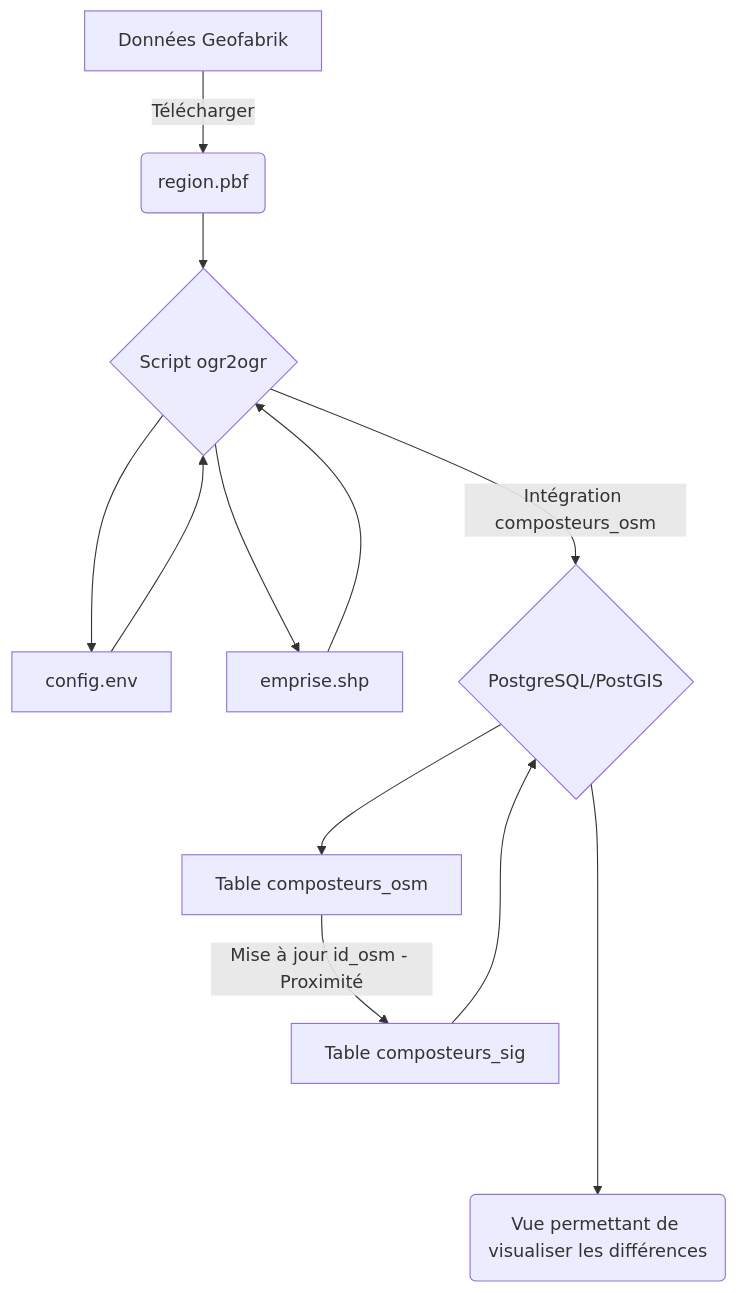
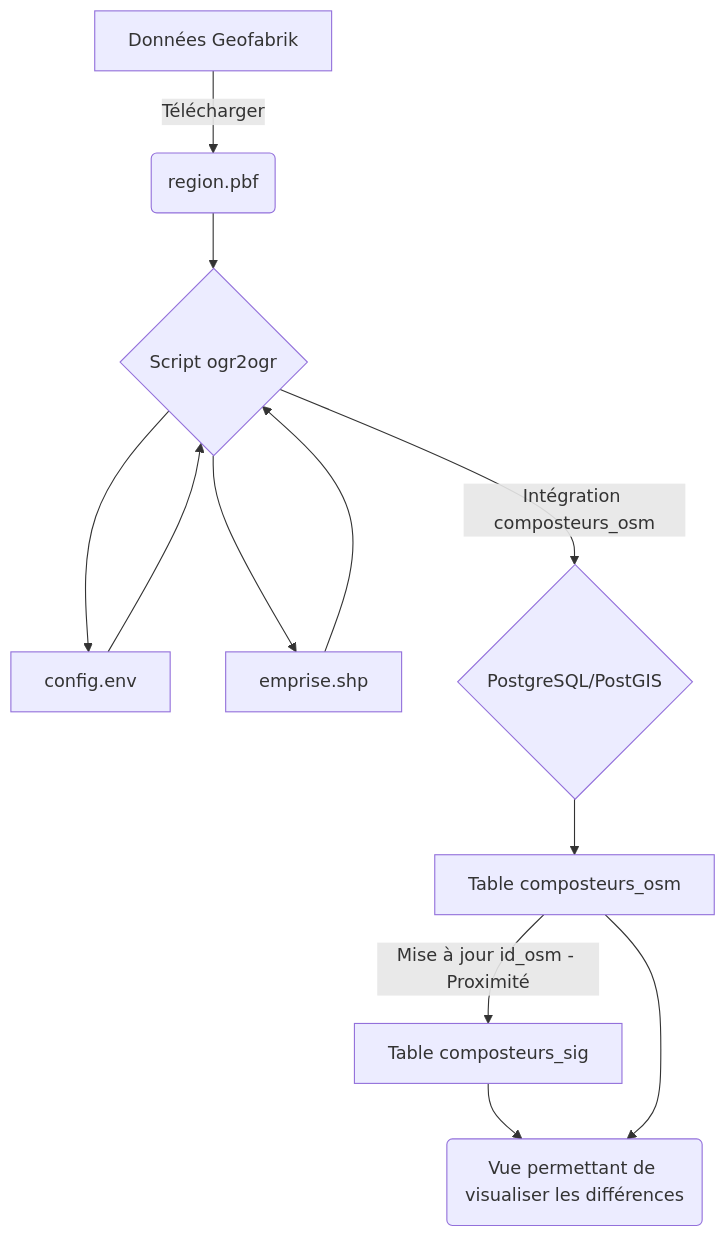
The diagram in content/articles/2021/2021-10-01_lien_sig_osm.md (geotribu/website), drawn with Mermaid before and after one commit.

````diff
--- a/content/articles/2021/2021-10-01_lien_sig_osm.md
+++ b/content/articles/2021/2021-10-01_lien_sig_osm.md
@@ -36,14 +36,14 @@
 ```mermaid
 graph TD;
     A[Données Geofabrik] -->|Télécharger| B(region.pbf);
     B --> C{Script ogr2ogr};
     C --> D[config.env];
     D --> C;
     C --> J[emprise.shp];
     J --> C;
     C -->|Intégration composteurs_osm| E{PostgreSQL/PostGIS};
     E --> G[Table composteurs_osm];
-    H[Table composteurs_sig] ---> E;
-    G -->|Mise à jour id_osm - Proximité| H;
-    E -----> I(Vue permettant de visualiser les différences);
+    G -->|Mise à jour id_osm - Proximité| H[Table composteurs_sig];
+    H --> I(Vue permettant de visualiser les différences);
+    G --> I;
 ```
````
